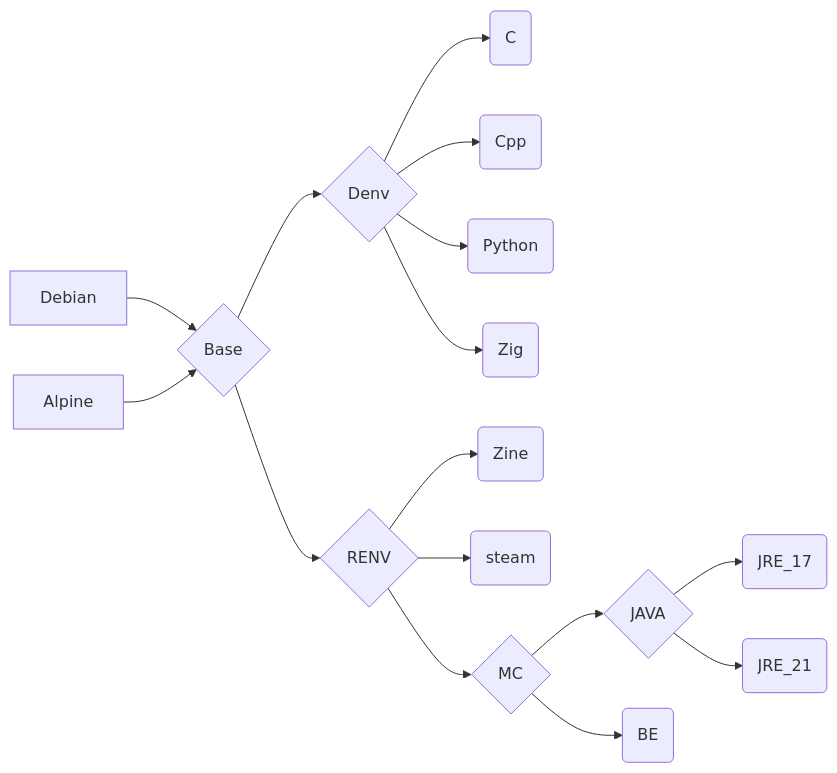
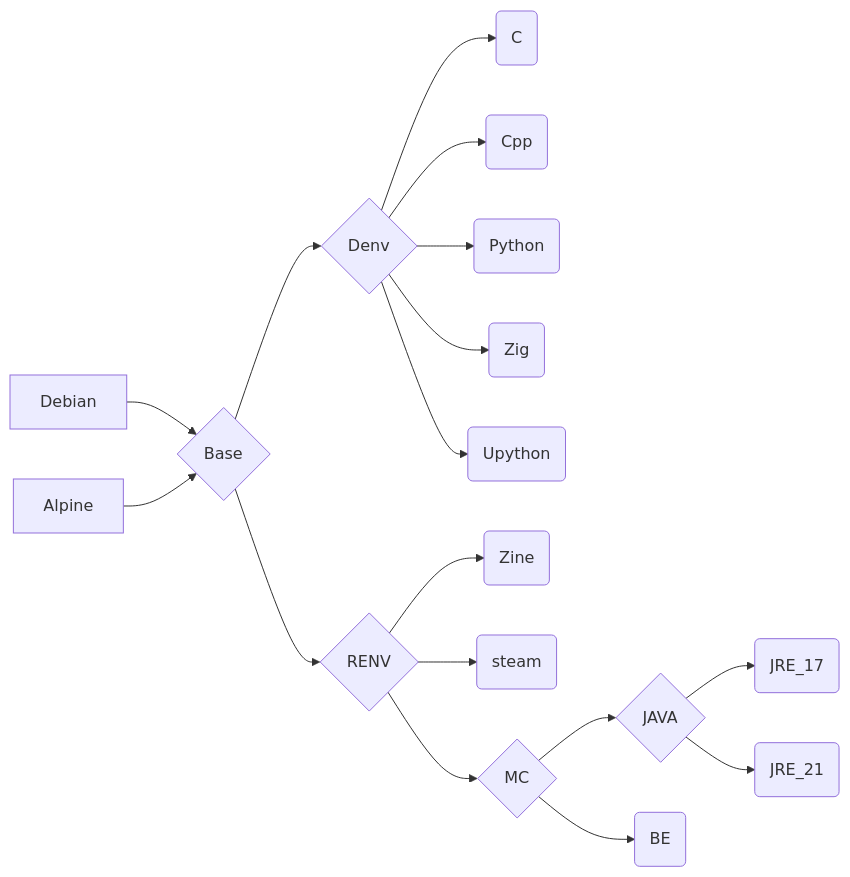
Before and after one commit to eoeair/cenv: the diagram in README.md, drawn with Mermaid. The commit also changed other lines of this file and 3 other files, not shown here.

````diff
--- a/README.md
+++ b/README.md
@@ -25,20 +26,21 @@
 ```mermaid
 graph LR
 Debian-->B{Base}
 Alpine-->B
 
 B-->D{Denv}
 D-->DA(C)
 D-->DB(Cpp)
 D-->DC(Python)
 D-->DD(Zig)
+D-->DE(Upython)
 
 B-->R{RENV}
 R-->RA(Zine)
 R-->RB(steam)
 R-->RC{MC}
 RC-->RCA{JAVA}
 RC-->RCB(BE)
 RCA-->RCAA(JRE_17)
 RCA-->RCAB(JRE_21)
 ```
````
